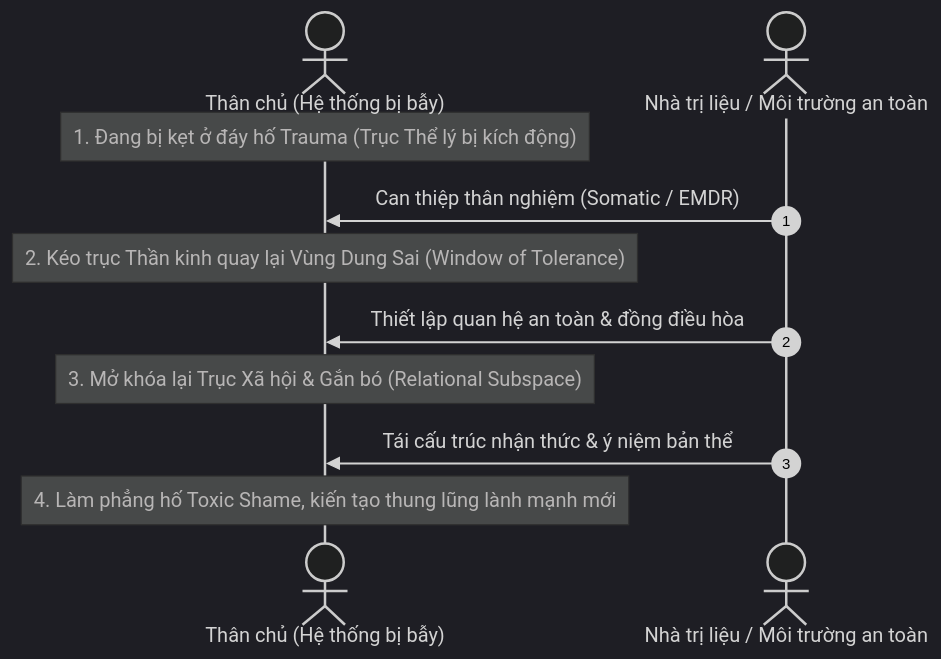
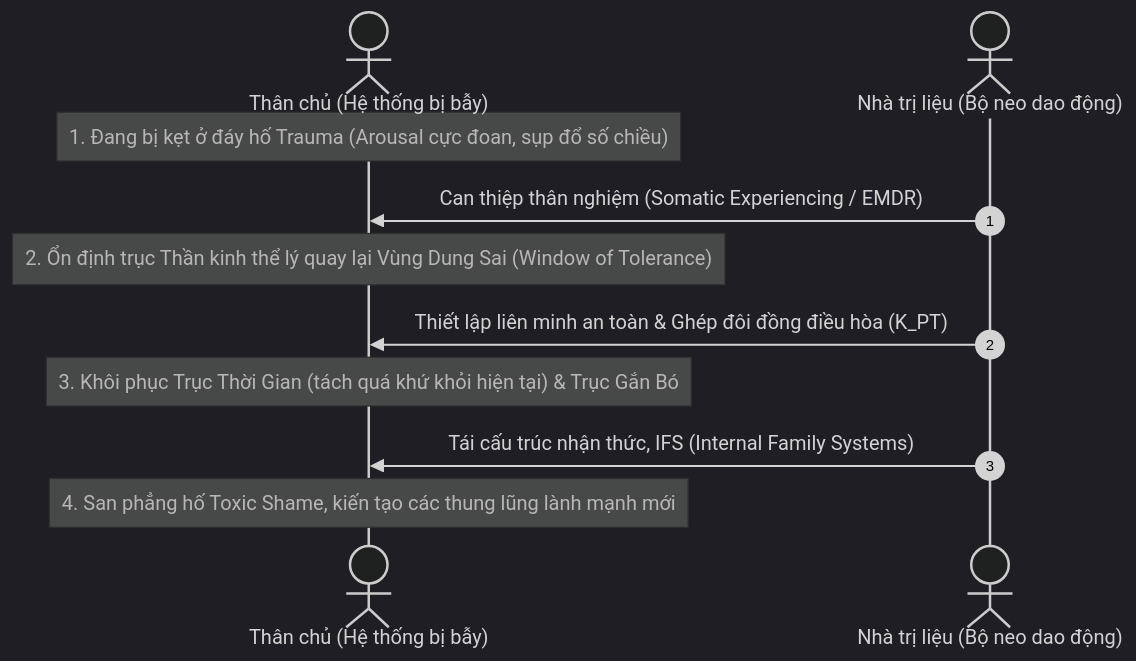
Before and after one commit to HeldenChill/Researchs: the sixth of 6 diagrams in Mo-Hinh-Tam-Ly-Va-Sang-Chan-Da-Chieu.md, drawn with Mermaid (dark theme). The commit also changed other lines of this file and 1 other file, not shown here.

````diff
--- a/Mo-Hinh-Tam-Ly-Va-Sang-Chan-Da-Chieu.md
+++ b/Mo-Hinh-Tam-Ly-Va-Sang-Chan-Da-Chieu.md
@@ -157,16 +227,16 @@
 ```mermaid
 sequenceDiagram
     autonumber
     actor Patient as Thân chủ (Hệ thống bị bẫy)
-    actor Therapist as Nhà trị liệu / Môi trường an toàn
+    actor Therapist as Nhà trị liệu (Bộ neo dao động)
     
-    Note over Patient: 1. Đang bị kẹt ở đáy hố Trauma (Trục Thể lý bị kích động)
-    Therapist->>Patient: Can thiệp thân nghiệm (Somatic / EMDR)
-    Note over Patient: 2. Kéo trục Thần kinh quay lại Vùng Dung Sai (Window of Tolerance)
+    Note over Patient: 1. Đang bị kẹt ở đáy hố Trauma (Arousal cực đoan, sụp đổ số chiều)
+    Therapist->>Patient: Can thiệp thân nghiệm (Somatic Experiencing / EMDR)
+    Note over Patient: 2. Ổn định trục Thần kinh thể lý quay lại Vùng Dung Sai (Window of Tolerance)
     
-    Therapist->>Patient: Thiết lập quan hệ an toàn & đồng điều hòa
-    Note over Patient: 3. Mở khóa lại Trục Xã hội & Gắn bó (Relational Subspace)
+    Therapist->>Patient: Thiết lập liên minh an toàn & Ghép đôi đồng điều hòa (K_PT)
+    Note over Patient: 3. Khôi phục Trục Thời Gian (tách quá khứ khỏi hiện tại) & Trục Gắn Bó
     
-    Therapist->>Patient: Tái cấu trúc nhận thức & ý niệm bản thể
-    Note over Patient: 4. Làm phẳng hố Toxic Shame, kiến tạo thung lũng lành mạnh mới
+    Therapist->>Patient: Tái cấu trúc nhận thức, IFS (Internal Family Systems)
+    Note over Patient: 4. San phẳng hố Toxic Shame, kiến tạo các thung lũng lành mạnh mới
 ```
````
